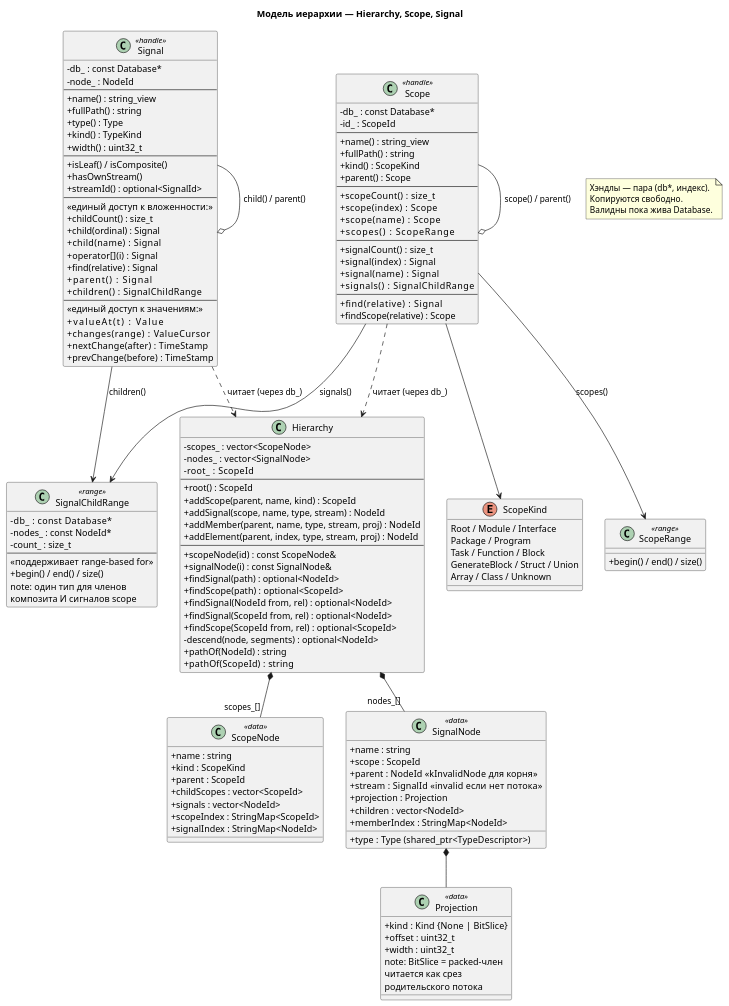
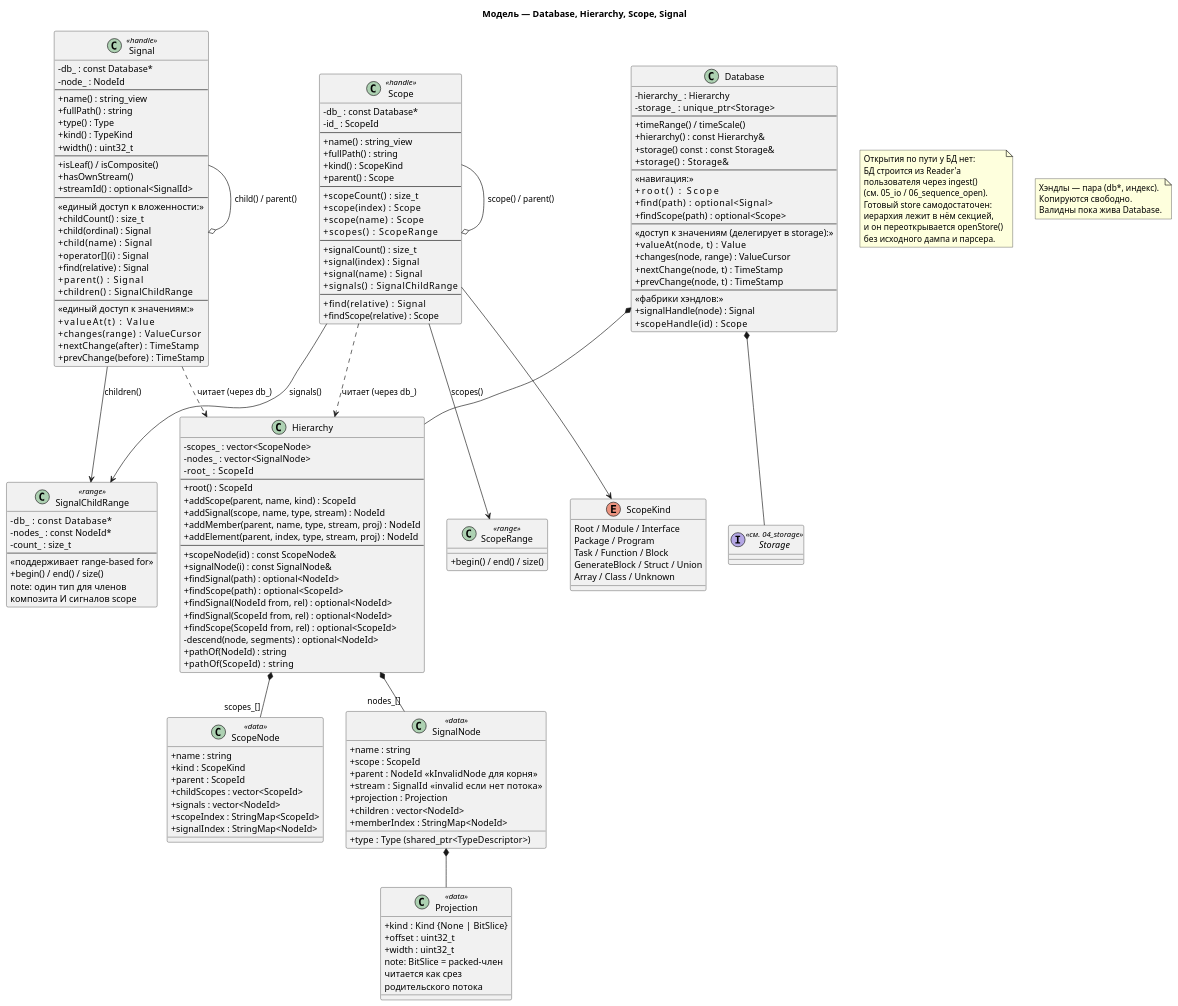
The diagram in docs/uml/03_model.puml (gikon3/wasafe), drawn with PlantUML before and after one commit. The commit also changed 25 other files, not shown here.

```diff
--- a/docs/uml/03_model.puml
+++ b/docs/uml/03_model.puml
@@ -1,5 +1,5 @@
 @startuml 03_model
-title Модель иерархии — Hierarchy, Scope, Signal
+title Модель — Database, Hierarchy, Scope, Signal
 
 skinparam classAttributeIconSize 0
 skinparam defaultFontName Consolas
@@ -61,6 +61,49 @@
 
 Hierarchy *-- "scopes_[]" ScopeNode
 Hierarchy *-- "nodes_[]" SignalNode
+
+' ──────────────── База данных — фасад над иерархией и значениями ────────────────
+class Database {
+    - hierarchy_ : Hierarchy
+    - storage_   : unique_ptr<Storage>
+    --
+    + timeRange() / timeScale()
+    + hierarchy() : const Hierarchy&
+    + storage() const : const Storage&
+    + storage()   : Storage&
+    --
+    «навигация:»
+    + root()           : Scope
+    + find(path)       : optional<Signal>
+    + findScope(path)  : optional<Scope>
+    --
+    «доступ к значениям (делегирует в storage):»
+    + valueAt(node, t)     : Value
+    + changes(node, range) : ValueCursor
+    + nextChange(node, t)  : TimeStamp
+    + prevChange(node, t)  : TimeStamp
+    --
+    «фабрики хэндлов:»
+    + signalHandle(node) : Signal
+    + scopeHandle(id)    : Scope
+}
+
+interface Storage <<см. 04_storage>> {
+}
+
+note as NOPEN
+  Открытия по пути у БД нет:
+  БД строится из Reader'а
+  пользователя через ingest()
+  (см. 05_io / 06_sequence_open).
+  Готовый store самодостаточен:
+  иерархия лежит в нём секцией,
+  и он переоткрывается openStore()
+  без исходного дампа и парсера.
+end note
+
+Database *-- Hierarchy
+Database *-- Storage
 
 ' ──────────────── Публичные хэндлы (лёгкие, копируемые) ────────────────
 note as N1
```
